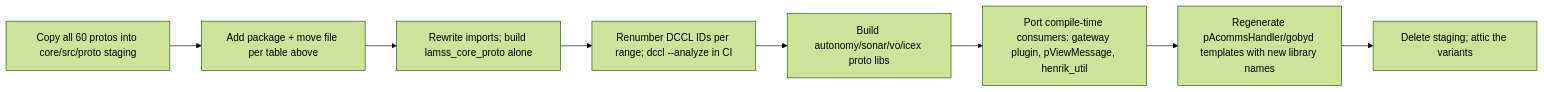
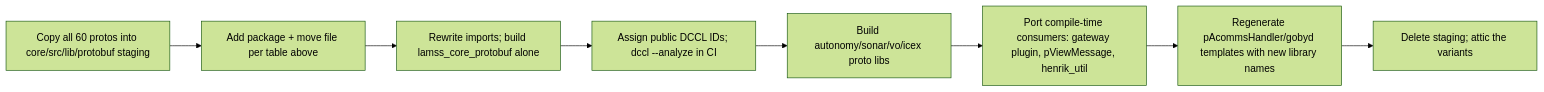
The second of 2 diagrams in core/src/doc/plan/claude/07-protobuf-split.md (GobySoft/lamss3), drawn with Mermaid (forest theme) before and after one commit. The commit also changed other lines of this file and 11 other files, not shown here.

````diff
--- a/core/src/doc/plan/claude/07-protobuf-split.md
+++ b/core/src/doc/plan/claude/07-protobuf-split.md
@@ -101,10 +89,10 @@
 ```mermaid
 flowchart LR
-  a[Copy all 60 protos into core/src/proto staging] --> b[Add package + move file per table above]
-  b --> c[Rewrite imports; build lamss_core_proto alone]
-  c --> d[Renumber DCCL IDs per range; dccl --analyze in CI]
+  a[Copy all 60 protos into core/src/lib/protobuf staging] --> b[Add package + move file per table above]
+  b --> c[Rewrite imports; build lamss_core_protobuf alone]
+  c --> d[Assign public DCCL IDs; dccl --analyze in CI]
   d --> e[Build autonomy/sonar/vo/icex proto libs]
   e --> f[Port compile-time consumers: gateway plugin, pViewMessage, henrik_util]
   f --> g[Regenerate pAcommsHandler/gobyd templates with new library names]
   g --> h[Delete staging; attic the variants]
 ```
````
